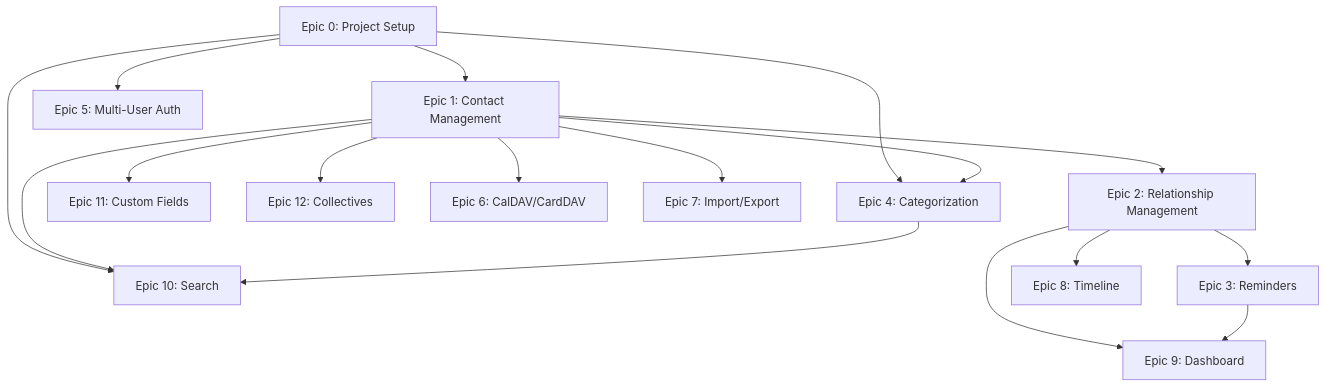
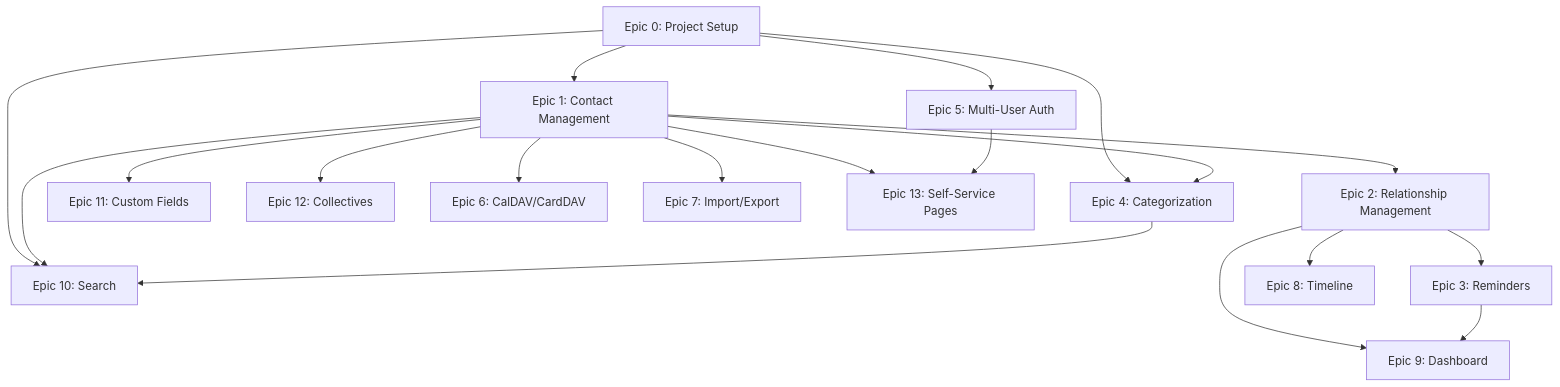
One commit to datenknoten/freundebuch changed the diagram in project-management/epics/README.md. Above: the diagram before and after it, drawn with Mermaid. The commit also changed other lines of this file and 1 other file, not shown here.

First line of the commit message:
feat(docs): Add Epic 13 for self-service friend pages

````diff
--- a/project-management/epics/README.md
+++ b/project-management/epics/README.md
@@ -103,19 +119,21 @@
 ```mermaid
 graph TD
     E0[Epic 0: Project Setup] --> E1[Epic 1: Contact Management]
     E0 --> E4[Epic 4: Categorization]
     E0 --> E5[Epic 5: Multi-User Auth]
     E0 --> E10[Epic 10: Search]
     E1 --> E2[Epic 2: Relationship Management]
     E1 --> E4
     E1 --> E10
     E1 --> E11[Epic 11: Custom Fields]
     E1 --> E12[Epic 12: Collectives]
     E2 --> E3[Epic 3: Reminders]
     E2 --> E8[Epic 8: Timeline]
     E2 --> E9[Epic 9: Dashboard]
     E3 --> E9
     E1 --> E6[Epic 6: CalDAV/CardDAV]
     E1 --> E7[Epic 7: Import/Export]
     E4 --> E10
+    E1 --> E13[Epic 13: Self-Service Pages]
+    E5 --> E13
 ```
````
